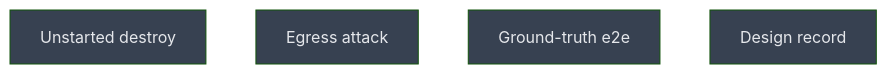
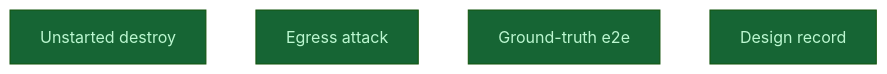
One commit to CrackingShells/Candler changed the diagram in __roadmap__/m5b-egress-proxy/proven/README.md. Above: the diagram before and after it, drawn with Mermaid (forest theme). The commit also changed other lines of this file and 5 other files, not shown here.

````diff
--- a/__roadmap__/m5b-egress-proxy/proven/README.md
+++ b/__roadmap__/m5b-egress-proxy/proven/README.md
@@ -21,12 +21,12 @@
 ```mermaid
 graph TD
-    unstarted_destroy[Unstarted destroy]:::planned
-    egress_attack[Egress attack]:::planned
-    ground_truth_e2e[Ground-truth e2e]:::planned
-    design_record[Design record]:::planned
+    unstarted_destroy[Unstarted destroy]:::done
+    egress_attack[Egress attack]:::done
+    ground_truth_e2e[Ground-truth e2e]:::done
+    design_record[Design record]:::done
     classDef done       fill:#166534,color:#bbf7d0
     classDef inprogress fill:#854d0e,color:#fef08a
     classDef planned    fill:#374151,color:#e5e7eb
     classDef amendment  fill:#1e3a5f,color:#bfdbfe
     classDef blocked    fill:#7f1d1d,color:#fecaca
 ```
````
